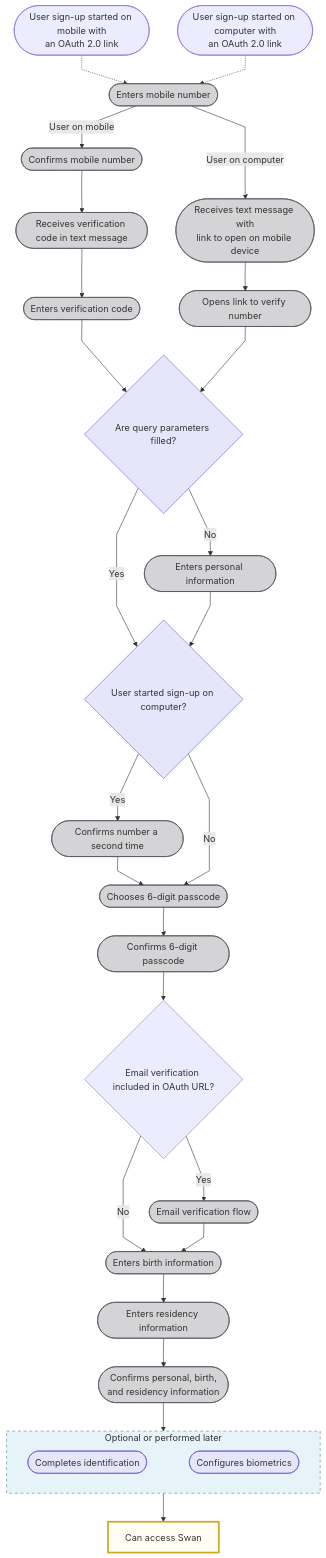
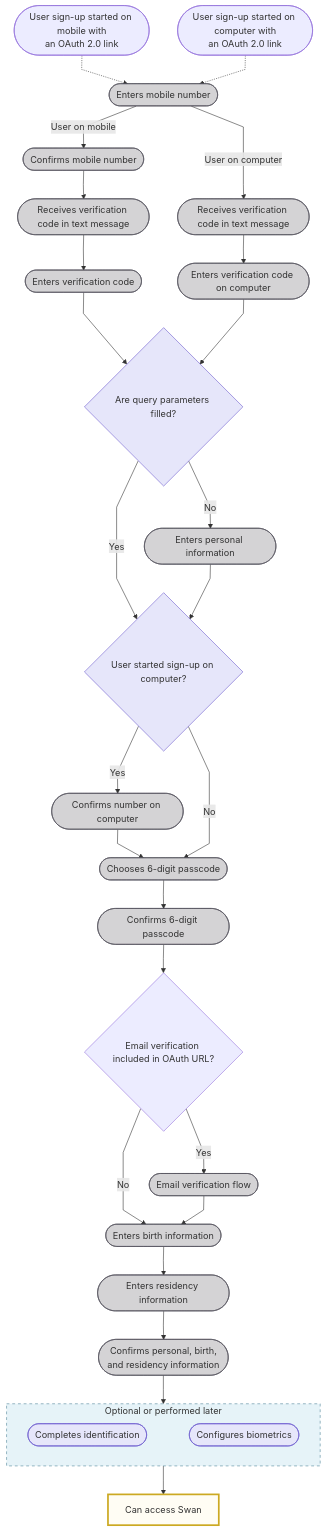
Before and after one commit to swan-io/docs: the first of 2 diagrams in docs/topics/users/index.mdx, drawn with Mermaid. The commit also changed other lines of this file and 1 other file, not shown here.

First line of the commit message:
Doc 1551/single device authentication (#566)

````diff
--- a/docs/topics/users/index.mdx
+++ b/docs/topics/users/index.mdx
@@ -77,64 +77,64 @@
 ```mermaid
 %%{ init: { 'flowchart': { 'curve': 'linear' } } }%%
 flowchart TB
     MobileEntry([User sign-up started on mobile with<br/>an OAuth 2.0 link]) -.-> EntersMobileNumber([Enters mobile number])
     ComputerEntry([User sign-up started on computer with<br/>an OAuth 2.0 link]) -.-> EntersMobileNumber
 
     EntersMobileNumber -- User on mobile --> ConfirmsMobileNumberMobile([Confirms mobile number])
-    EntersMobileNumber -- User on computer --> ReceivesLink([Receives text message with<br/>link to open on mobile device])
+    EntersMobileNumber -- User on computer --> ReceivesOTP([Receives verification code in text message])
 
     ConfirmsMobileNumberMobile --> ReceivesCode([Receives verification code in text message])
     ReceivesCode --> EntersCode([Enters verification code])
     EntersCode --> QueryParams{Are query parameters filled?}
     
-    ReceivesLink --> OpensLink([Opens link to verify number])
-    OpensLink --> QueryParams
+    ReceivesOTP --> EntersOTP([Enters verification code on computer])
+    EntersOTP --> QueryParams
 
     QueryParams -- No --> EntersPI([Enters personal information])
     QueryParams -- Yes --> UserStartedComputer{User started sign-up on computer?}
 
     EntersPI --> UserStartedComputer
-    UserStartedComputer -- Yes --> ConfirmsNumber([Confirms number a second time])
+    UserStartedComputer -- Yes --> ConfirmsNumber([Confirms number on computer])
     ConfirmsNumber --> ChoosesPasscode([Chooses 6-digit passcode])
     UserStartedComputer -- No --> ChoosesPasscode
 
     ChoosesPasscode --> ConfirmsPasscode([Confirms 6-digit passcode])
 
     ConfirmsPasscode --> EmailVerificationIncluded{Email verification included in OAuth URL?}
     EmailVerificationIncluded -- Yes --> EmailVerificationFlow([Email verification flow])
     EmailVerificationIncluded -- No --> EntersBirthInfo
 
     EmailVerificationFlow --> EntersBirthInfo([Enters birth information])
     EntersBirthInfo --> EntersResidencyInfo([Enters residency information])
     EntersResidencyInfo --> ConfirmsInfo([Confirms personal, birth,<br/>and residency information])
 
     ConfirmsInfo --> O
 
     subgraph O[Optional or performed later]
         direction LR
         IV([Completes identification]) ~~~ B([Configures biometrics])
     end
 
     O --> S[Can access Swan]
 
     style S fill:#fffdf4,stroke:#cca922,stroke-width:3px
     style O fill:#E6F3F8,stroke:#4D8296,stroke-dasharray: 5 5
     style IV fill:#E6E6FA,stroke:#6A5ACD
     style B fill:#E6E6FA,stroke:#6A5ACD
     style EntersMobileNumber fill:#D4D3D5,stroke:#514F59
     style ConfirmsMobileNumberMobile fill:#D4D3D5,stroke:#514F59
     style ReceivesCode fill:#D4D3D5,stroke:#514F59
     style EntersCode fill:#D4D3D5,stroke:#514F59
-    style ReceivesLink fill:#D4D3D5,stroke:#514F59
-    style OpensLink fill:#D4D3D5,stroke:#514F59
+    style ReceivesOTP fill:#D4D3D5,stroke:#514F59
+    style EntersOTP fill:#D4D3D5,stroke:#514F59
     style ConfirmsNumber fill:#D4D3D5,stroke:#514F59
     style EntersPI fill:#D4D3D5,stroke:#514F59
     style ChoosesPasscode fill:#D4D3D5,stroke:#514F59
     style ConfirmsPasscode fill:#D4D3D5,stroke:#514F59
     style EmailVerificationFlow fill:#D4D3D5,stroke:#514F59
     style EntersBirthInfo fill:#D4D3D5,stroke:#514F59
     style EntersResidencyInfo fill:#D4D3D5,stroke:#514F59
     style ConfirmsInfo fill:#D4D3D5,stroke:#514F59
     style UserStartedComputer fill:#E6E6FA,stroke:#6A5ACD
     style QueryParams fill:#E6E6FA,stroke:#6A5ACD
 ```
````
